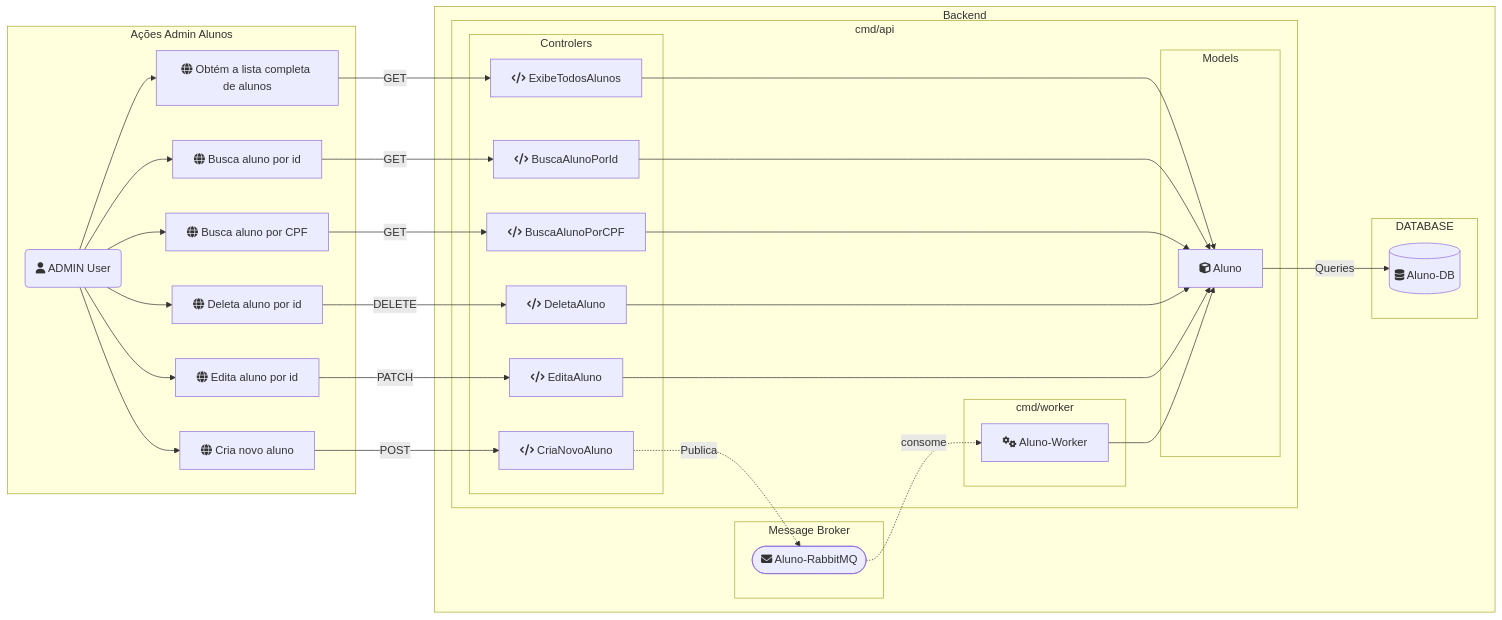
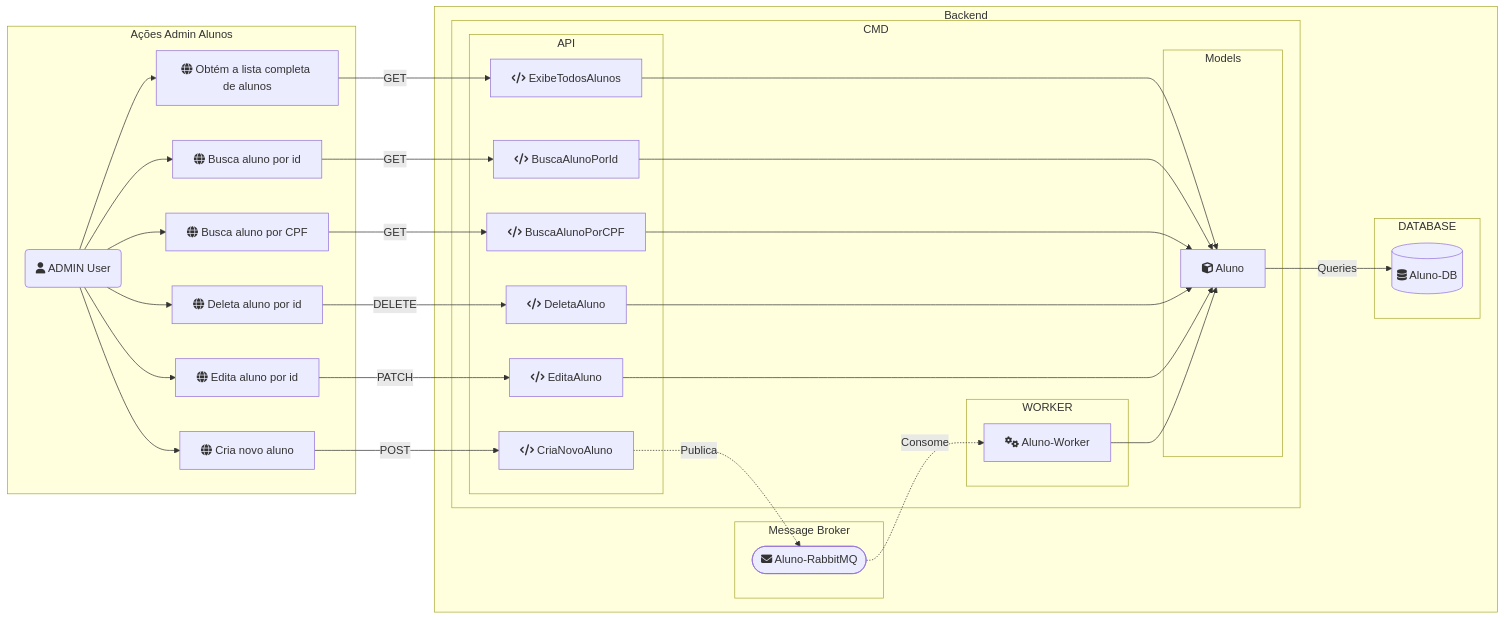
One commit to jtonynet/api-gin-rest changed the first of 2 diagrams in README.md. Above: the diagram before and after it, drawn with Mermaid. The commit also changed other lines of this file and 5 other files, not shown here.

````diff
--- a/README.md
+++ b/README.md
@@ -178,70 +178,70 @@
 ```mermaid
 graph LR
   subgraph Ações Admin Alunos
     A(fa:fa-user ADMIN User)
     B["fa:fa-globe Cria novo aluno"]
     C["fa:fa-globe Obtém a lista completa de alunos"]
     D["fa:fa-globe Busca aluno por id"]
     E["fa:fa-globe Deleta aluno por id"]
     F["fa:fa-globe Edita aluno por id"]
     G["fa:fa-globe Busca aluno por CPF"]
   end
 
   subgraph Backend 
     subgraph Message Broker
         RabbitMQ(["fa:fa-envelope Aluno-RabbitMQ"])
     end
 
-    subgraph cmd/api
-      subgraph cmd/worker
+    subgraph CMD
+      subgraph WORKER
         Worker["fa:fa-gears Aluno-Worker"]
       end
 
-      subgraph Controlers
+      subgraph API
         CriaNovoAluno["fa:fa-code CriaNovoAluno"]
         ExibeTodosAlunos["fa:fa-code ExibeTodosAlunos"]
         BuscaAlunoPorId["fa:fa-code BuscaAlunoPorId"]
         DeletaAluno["fa:fa-code DeletaAluno"]
         EditaAluno["fa:fa-code EditaAluno"]
         BuscaAlunoPorCPF["fa:fa-code BuscaAlunoPorCPF"]
       end
 
       subgraph Models
         Aluno["fa:fa-cube Aluno"]
       end
     end
 
     subgraph DATABASE
       Aluno-DB[("fa:fa-database Aluno-DB")]
     end 
    
   end
 
   A --> B
   A --> C
   A --> D
   A --> E
   A --> F
   A --> G
 
   C -->|GET| ExibeTodosAlunos
   D -->|GET| BuscaAlunoPorId
   E -->|DELETE| DeletaAluno
   F -->|PATCH| EditaAluno
   G -->|GET| BuscaAlunoPorCPF
 
   ExibeTodosAlunos --> Aluno
   BuscaAlunoPorId --> Aluno
   BuscaAlunoPorCPF --> Aluno
   DeletaAluno --> Aluno
   EditaAluno --> Aluno
 
   Aluno -->|Queries| Aluno-DB
   B -->|POST| CriaNovoAluno
 
   CriaNovoAluno -.->|Publica| RabbitMQ
-  RabbitMQ -.->|consome| Worker
+  RabbitMQ -.->|Consome| Worker
 
   Worker --> Aluno
 
 ```
````
